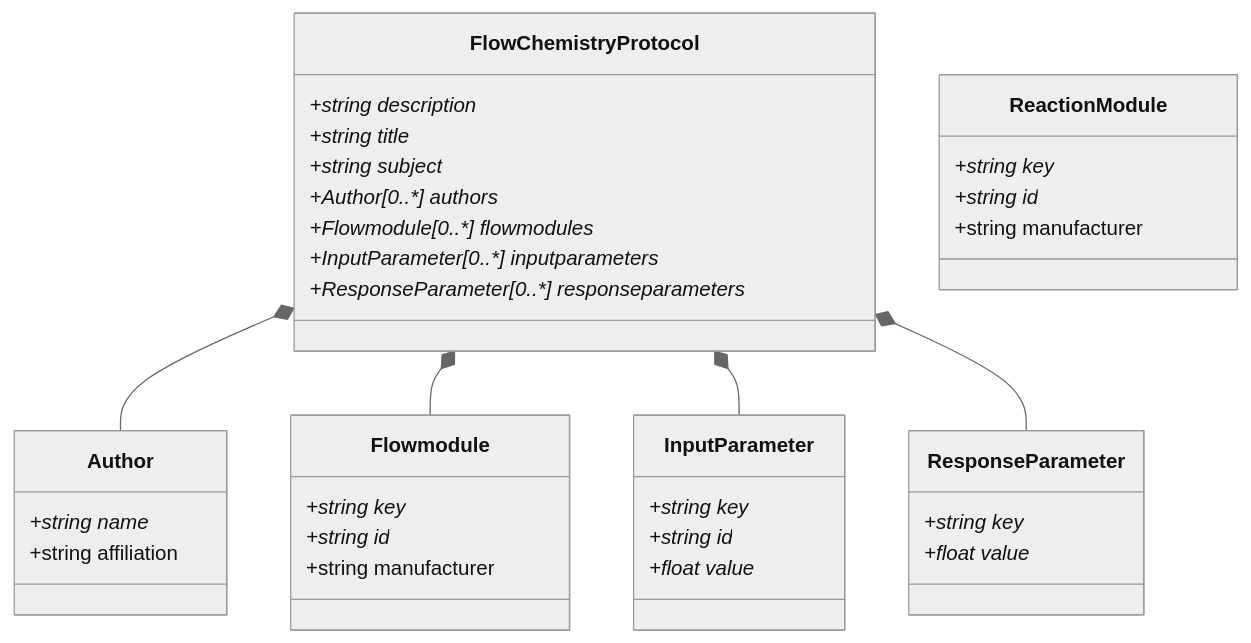
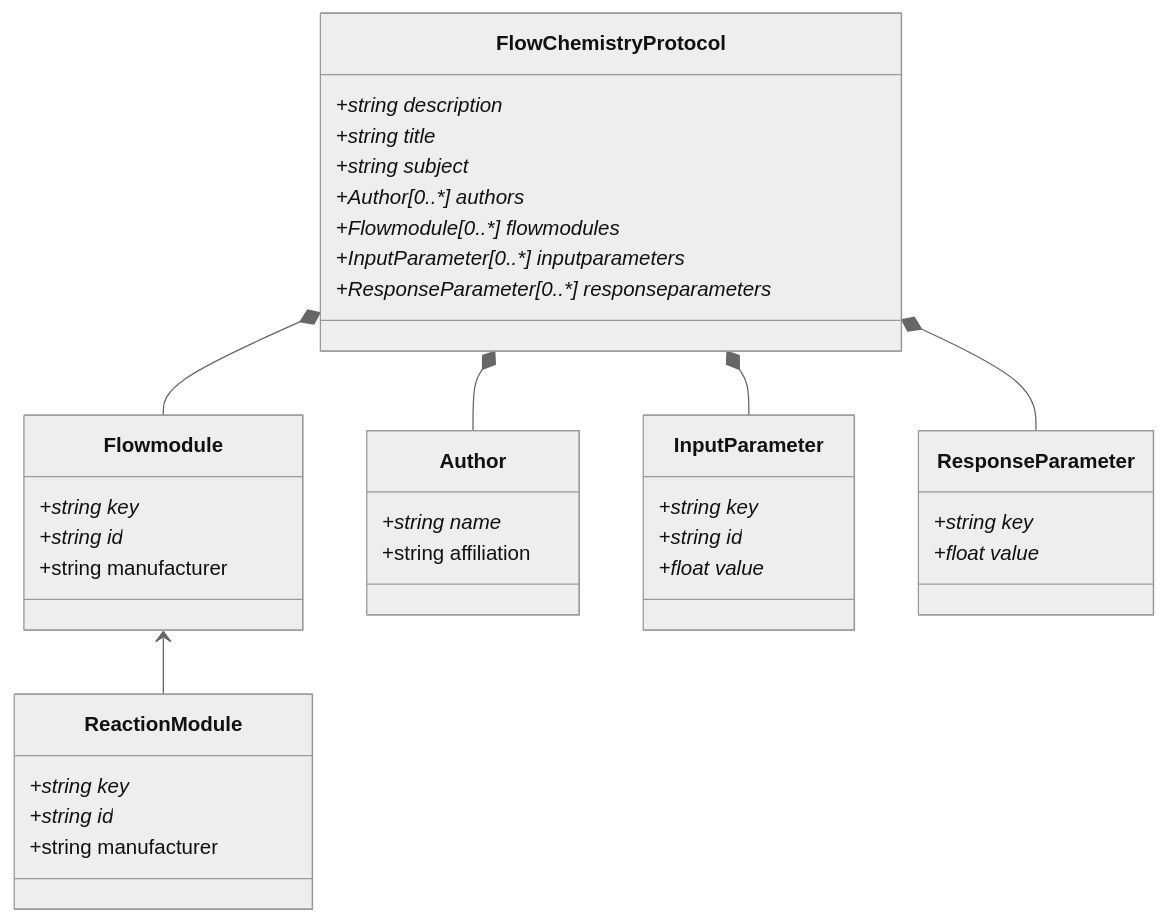
The diagram in pyDataset/schemes/Dataset.md (C-Kessler/sdrdm-flowchem-B2), drawn with Mermaid (neutral theme) before and after one commit. The commit also changed 1 other file, not shown here.

Commit message:
changed scheme

````diff
--- a/pyDataset/schemes/Dataset.md
+++ b/pyDataset/schemes/Dataset.md
@@ -1,46 +1,47 @@
 ```mermaid
 classDiagram
+    Flowmodule <-- ReactionModule
     FlowChemistryProtocol *-- Author
     FlowChemistryProtocol *-- Flowmodule
     FlowChemistryProtocol *-- InputParameter
     FlowChemistryProtocol *-- ResponseParameter
     
     class FlowChemistryProtocol {
         +string description*
         +string title*
         +string subject*
         +Author[0..*] authors*
         +Flowmodule[0..*] flowmodules*
         +InputParameter[0..*] inputparameters*
         +ResponseParameter[0..*] responseparameters*
     }
     
     class Author {
         +string name*
         +string affiliation
     }
     
     class Flowmodule {
         +string key*
         +string id*
         +string manufacturer
     }
     
     class ReactionModule {
         +string key*
         +string id*
         +string manufacturer
     }
     
     class InputParameter {
         +string key*
         +string id*
         +float value*
     }
     
     class ResponseParameter {
         +string key*
         +float value*
     }
     
 ```
````
